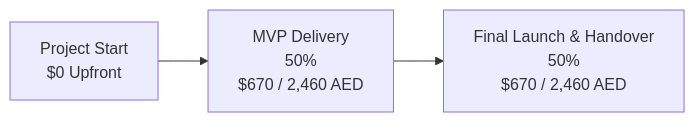
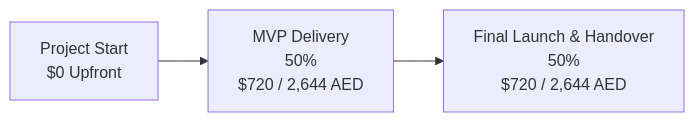
The tenth of 10 diagrams in posts/aurora_internal_ai_assistant_proposal_v3.qmd (igor-kan/quarto-writing), drawn with Mermaid before and after one commit. The commit also changed other lines of this file and 3 other files, not shown here.

````diff
--- a/posts/aurora_internal_ai_assistant_proposal_v3.qmd
+++ b/posts/aurora_internal_ai_assistant_proposal_v3.qmd
@@ -752,5 +752,5 @@
 ```mermaid
 flowchart LR
-    A[Project Start<br/>$0 Upfront] --> B[MVP Delivery<br/>50%<br/>$670 / 2,460 AED]
-    B --> C[Final Launch & Handover<br/>50%<br/>$670 / 2,460 AED]
+    A[Project Start<br/>$0 Upfront] --> B[MVP Delivery<br/>50%<br/>$720 / 2,644 AED]
+    B --> C[Final Launch & Handover<br/>50%<br/>$720 / 2,644 AED]
 ```
````
